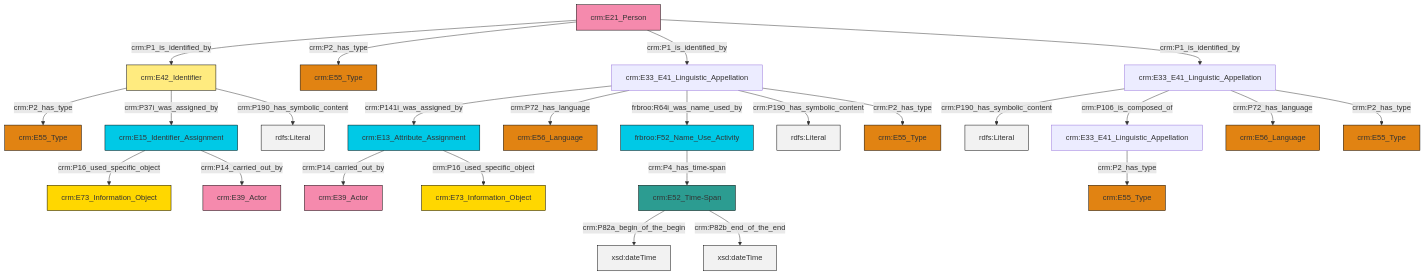
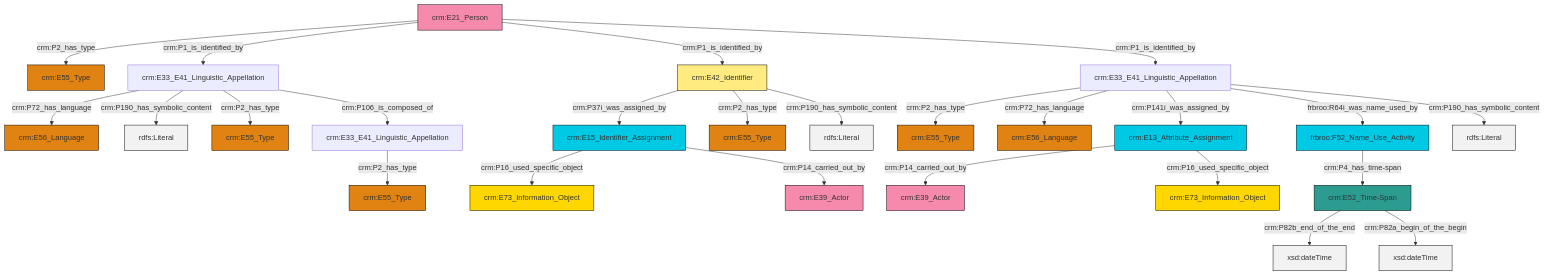
Before and after one commit to swiss-art-research-net/docs.swissartresearch: the diagram in et/personCSV/ttl/mmd/Person_Names_and_Classification.ttl.mmd, drawn with Mermaid. The commit also changed 183 other files, not shown here.

```diff
--- a/et/personCSV/ttl/mmd/Person_Names_and_Classification.ttl.mmd
+++ b/et/personCSV/ttl/mmd/Person_Names_and_Classification.ttl.mmd
@@ -1,39 +1,39 @@
 graph TD
 classDef Literal fill:#f2f2f2,stroke:#000000;
 classDef CRM_Entity fill:#FFFFFF,stroke:#000000;
 classDef Temporal_Entity fill:#00C9E6, stroke:#000000;
 classDef Type fill:#E18312, stroke:#000000;
 classDef Time-Span fill:#2C9C91, stroke:#000000;
 classDef Appellation fill:#FFEB7F, stroke:#000000;
 classDef Place fill:#008836, stroke:#000000;
 classDef Persistent_Item fill:#B266B2, stroke:#000000;
 classDef Conceptual_Object fill:#FFD700, stroke:#000000;
 classDef Physical_Thing fill:#D2B48C, stroke:#000000;
 classDef Actor fill:#f58aad, stroke:#000000;
 classDef PC_Classes fill:#4ce600, stroke:#000000;
 classDef Multi fill:#cccccc,stroke:#000000;
 
-0["crm:E42_Identifier"]:::Appellation -->|crm:P2_has_type| 1["crm:E55_Type"]:::Type
-2["crm:E21_Person"]:::Actor -->|crm:P1_is_identified_by| 0["crm:E42_Identifier"]:::Appellation
-3["crm:E33_E41_Linguistic_Appellation"]:::Default -->|crm:P141i_was_assigned_by| 4["crm:E13_Attribute_Assignment"]:::Temporal_Entity
-7["crm:E33_E41_Linguistic_Appellation"]:::Default -->|crm:P190_has_symbolic_content| 8[rdfs:Literal]:::Literal
-3["crm:E33_E41_Linguistic_Appellation"]:::Default -->|crm:P72_has_language| 5["crm:E56_Language"]:::Type
-0["crm:E42_Identifier"]:::Appellation -->|crm:P37i_was_assigned_by| 10["crm:E15_Identifier_Assignment"]:::Temporal_Entity
-11["crm:E52_Time-Span"]:::Time-Span -->|crm:P82a_begin_of_the_begin| 13[xsd:dateTime]:::Literal
-2["crm:E21_Person"]:::Actor -->|crm:P2_has_type| 15["crm:E55_Type"]:::Type
-2["crm:E21_Person"]:::Actor -->|crm:P1_is_identified_by| 3["crm:E33_E41_Linguistic_Appellation"]:::Default
-7["crm:E33_E41_Linguistic_Appellation"]:::Default -->|crm:P106_is_composed_of| 16["crm:E33_E41_Linguistic_Appellation"]:::Default
-4["crm:E13_Attribute_Assignment"]:::Temporal_Entity -->|crm:P14_carried_out_by| 17["crm:E39_Actor"]:::Actor
-11["crm:E52_Time-Span"]:::Time-Span -->|crm:P82b_end_of_the_end| 19[xsd:dateTime]:::Literal
-2["crm:E21_Person"]:::Actor -->|crm:P1_is_identified_by| 7["crm:E33_E41_Linguistic_Appellation"]:::Default
-10["crm:E15_Identifier_Assignment"]:::Temporal_Entity -->|crm:P16_used_specific_object| 23["crm:E73_Information_Object"]:::Conceptual_Object
-21["frbroo:F52_Name_Use_Activity"]:::Temporal_Entity -->|crm:P4_has_time-span| 11["crm:E52_Time-Span"]:::Time-Span
-3["crm:E33_E41_Linguistic_Appellation"]:::Default -->|frbroo:R64i_was_name_used_by| 21["frbroo:F52_Name_Use_Activity"]:::Temporal_Entity
-10["crm:E15_Identifier_Assignment"]:::Temporal_Entity -->|crm:P14_carried_out_by| 32["crm:E39_Actor"]:::Actor
-7["crm:E33_E41_Linguistic_Appellation"]:::Default -->|crm:P72_has_language| 24["crm:E56_Language"]:::Type
-0["crm:E42_Identifier"]:::Appellation -->|crm:P190_has_symbolic_content| 41[rdfs:Literal]:::Literal
-7["crm:E33_E41_Linguistic_Appellation"]:::Default -->|crm:P2_has_type| 27["crm:E55_Type"]:::Type
-16["crm:E33_E41_Linguistic_Appellation"]:::Default -->|crm:P2_has_type| 33["crm:E55_Type"]:::Type
-3["crm:E33_E41_Linguistic_Appellation"]:::Default -->|crm:P190_has_symbolic_content| 44[rdfs:Literal]:::Literal
-3["crm:E33_E41_Linguistic_Appellation"]:::Default -->|crm:P2_has_type| 45["crm:E55_Type"]:::Type
-4["crm:E13_Attribute_Assignment"]:::Temporal_Entity -->|crm:P16_used_specific_object| 39["crm:E73_Information_Object"]:::Conceptual_Object
+2["crm:E33_E41_Linguistic_Appellation"]:::Default -->|crm:P2_has_type| 3["crm:E55_Type"]:::Type
+2["crm:E33_E41_Linguistic_Appellation"]:::Default -->|crm:P72_has_language| 6["crm:E56_Language"]:::Type
+7["crm:E33_E41_Linguistic_Appellation"]:::Default -->|crm:P72_has_language| 8["crm:E56_Language"]:::Type
+9["crm:E13_Attribute_Assignment"]:::Temporal_Entity -->|crm:P14_carried_out_by| 10["crm:E39_Actor"]:::Actor
+12["frbroo:F52_Name_Use_Activity"]:::Temporal_Entity -->|crm:P4_has_time-span| 13["crm:E52_Time-Span"]:::Time-Span
+14["crm:E42_Identifier"]:::Appellation -->|crm:P37i_was_assigned_by| 15["crm:E15_Identifier_Assignment"]:::Temporal_Entity
+2["crm:E33_E41_Linguistic_Appellation"]:::Default -->|crm:P141i_was_assigned_by| 9["crm:E13_Attribute_Assignment"]:::Temporal_Entity
+15["crm:E15_Identifier_Assignment"]:::Temporal_Entity -->|crm:P16_used_specific_object| 19["crm:E73_Information_Object"]:::Conceptual_Object
+2["crm:E33_E41_Linguistic_Appellation"]:::Default -->|frbroo:R64i_was_name_used_by| 12["frbroo:F52_Name_Use_Activity"]:::Temporal_Entity
+9["crm:E13_Attribute_Assignment"]:::Temporal_Entity -->|crm:P16_used_specific_object| 21["crm:E73_Information_Object"]:::Conceptual_Object
+15["crm:E15_Identifier_Assignment"]:::Temporal_Entity -->|crm:P14_carried_out_by| 17["crm:E39_Actor"]:::Actor
+22["crm:E21_Person"]:::Actor -->|crm:P2_has_type| 23["crm:E55_Type"]:::Type
+7["crm:E33_E41_Linguistic_Appellation"]:::Default -->|crm:P190_has_symbolic_content| 24[rdfs:Literal]:::Literal
+7["crm:E33_E41_Linguistic_Appellation"]:::Default -->|crm:P2_has_type| 4["crm:E55_Type"]:::Type
+22["crm:E21_Person"]:::Actor -->|crm:P1_is_identified_by| 7["crm:E33_E41_Linguistic_Appellation"]:::Default
+22["crm:E21_Person"]:::Actor -->|crm:P1_is_identified_by| 14["crm:E42_Identifier"]:::Appellation
+14["crm:E42_Identifier"]:::Appellation -->|crm:P2_has_type| 0["crm:E55_Type"]:::Type
+2["crm:E33_E41_Linguistic_Appellation"]:::Default -->|crm:P190_has_symbolic_content| 34[rdfs:Literal]:::Literal
+22["crm:E21_Person"]:::Actor -->|crm:P1_is_identified_by| 2["crm:E33_E41_Linguistic_Appellation"]:::Default
+13["crm:E52_Time-Span"]:::Time-Span -->|crm:P82b_end_of_the_end| 36[xsd:dateTime]:::Literal
+14["crm:E42_Identifier"]:::Appellation -->|crm:P190_has_symbolic_content| 38[rdfs:Literal]:::Literal
+13["crm:E52_Time-Span"]:::Time-Span -->|crm:P82a_begin_of_the_begin| 39[xsd:dateTime]:::Literal
+7["crm:E33_E41_Linguistic_Appellation"]:::Default -->|crm:P106_is_composed_of| 26["crm:E33_E41_Linguistic_Appellation"]:::Default
+26["crm:E33_E41_Linguistic_Appellation"]:::Default -->|crm:P2_has_type| 41["crm:E55_Type"]:::Type
```
